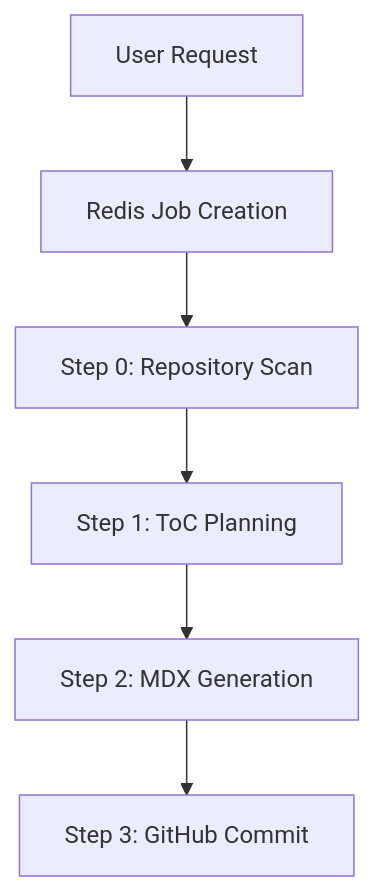
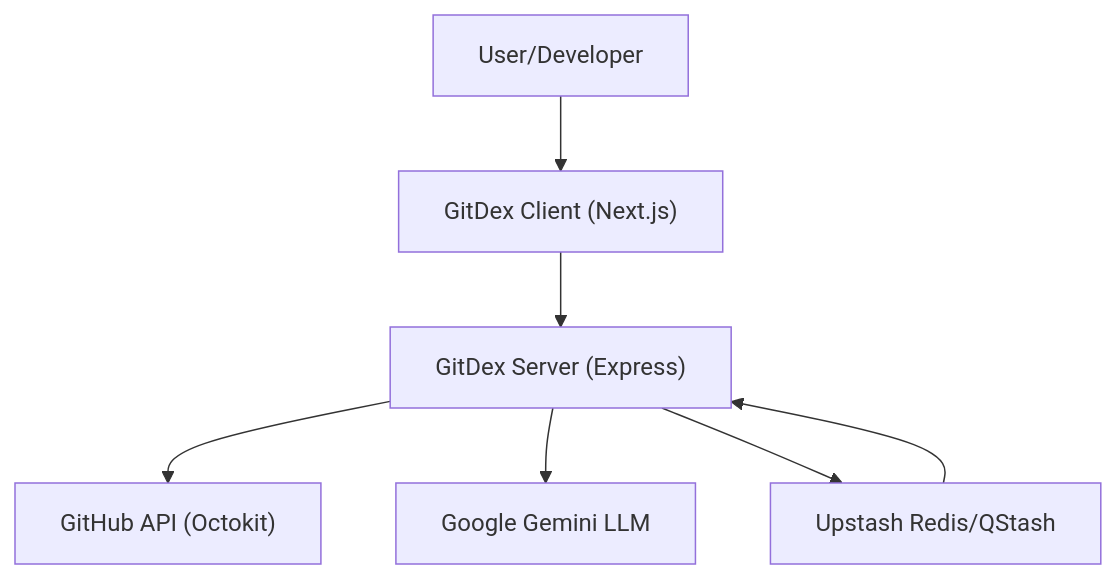
Before and after one commit to shinymacktest/gitdex-docs: the diagram in docs/shinymack/gitdex/1_introduction.mdx, drawn with Mermaid. The commit also changed other lines of this file and 11 other files, not shown here.

Commit message:
GitDex Index: shinymack/gitdex

````diff
--- a/docs/shinymack/gitdex/1_introduction.mdx
+++ b/docs/shinymack/gitdex/1_introduction.mdx
@@ -25,8 +25,9 @@
 ```mermaid
 graph TD
-    A["User Request"] --> B["Redis Job Creation"]
-    B --> C["Step 0: Repository Scan"]
-    C --> D["Step 1: ToC Planning"]
-    D --> E["Step 2: MDX Generation"]
-    E --> F["Step 3: GitHub Commit"]
+    A["User/Developer"] --> B["GitDex Client (Next.js)"]
+    B --> C["GitDex Server (Express)"]
+    C --> D["GitHub API (Octokit)"]
+    C --> E["Google Gemini LLM"]
+    C --> F["Upstash Redis/QStash"]
+    F --> C
 ```
````
